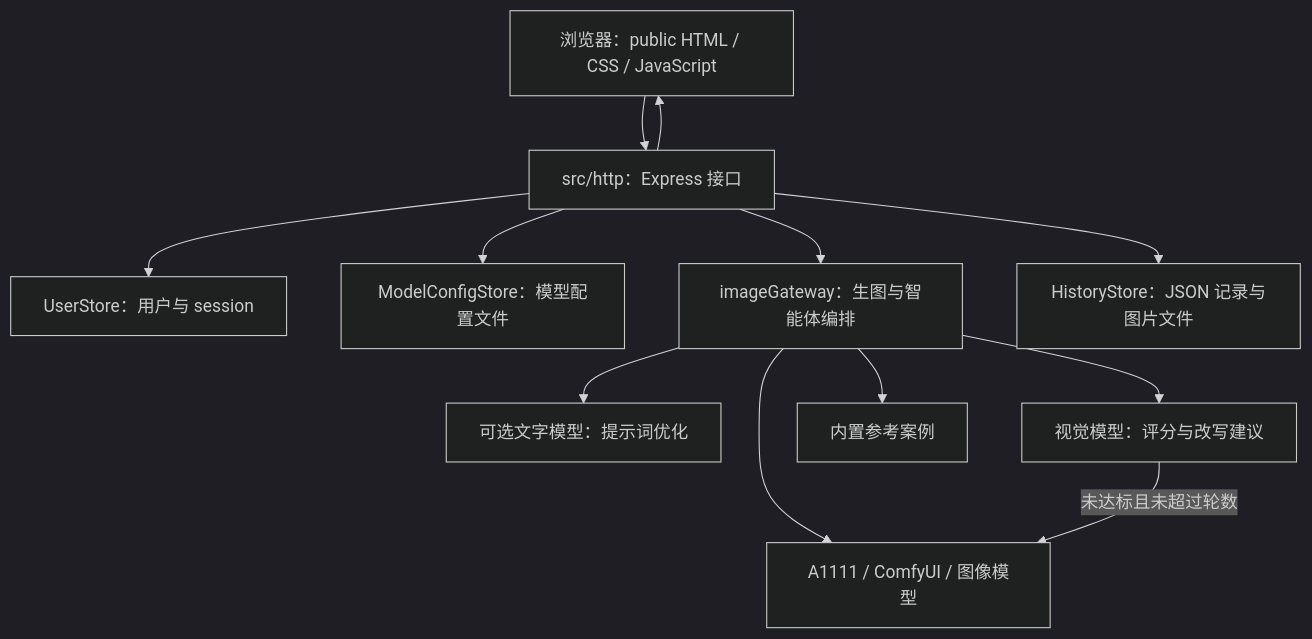
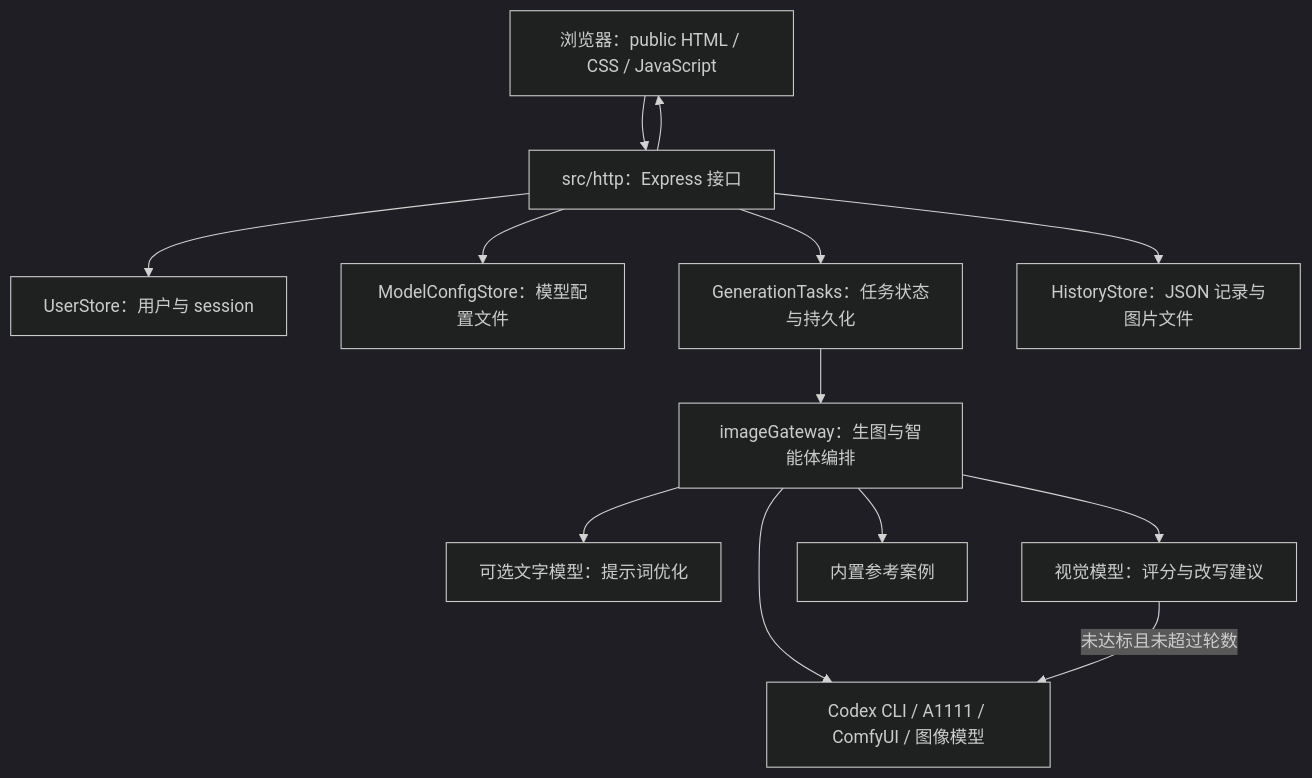
One commit to yumi233/SD-Chinese-style-furniture changed the diagram in docs/PROJECT_OVERVIEW.md. Above: the diagram before and after it, drawn with Mermaid (dark theme). The commit also changed other lines of this file and 16 other files, not shown here.

````diff
--- a/docs/PROJECT_OVERVIEW.md
+++ b/docs/PROJECT_OVERVIEW.md
@@ -28,14 +33,15 @@
 ```mermaid
 flowchart TD
   UI[浏览器：public HTML / CSS / JavaScript] --> API[src/http：Express 接口]
   API --> AUTH[UserStore：用户与 session]
   API --> CFG[ModelConfigStore：模型配置文件]
-  API --> GW[imageGateway：生图与智能体编排]
+  API --> TASK[GenerationTasks：任务状态与持久化]
+  TASK --> GW[imageGateway：生图与智能体编排]
   GW --> TEXT[可选文字模型：提示词优化]
-  GW --> GEN[A1111 / ComfyUI / 图像模型]
+  GW --> GEN[Codex CLI / A1111 / ComfyUI / 图像模型]
   GW --> VISION[视觉模型：评分与改写建议]
   GW --> REF[内置参考案例]
   VISION -->|未达标且未超过轮数| GEN
   API --> HIST[HistoryStore：JSON 记录与图片文件]
   API --> UI
 ```
````
